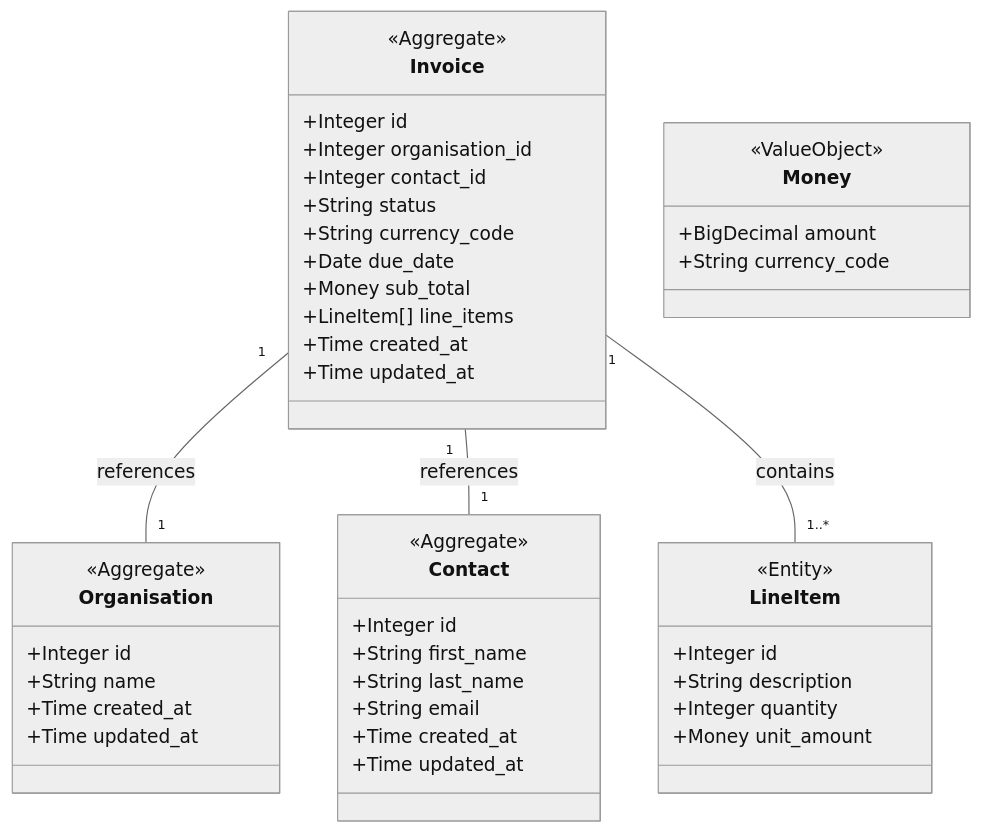
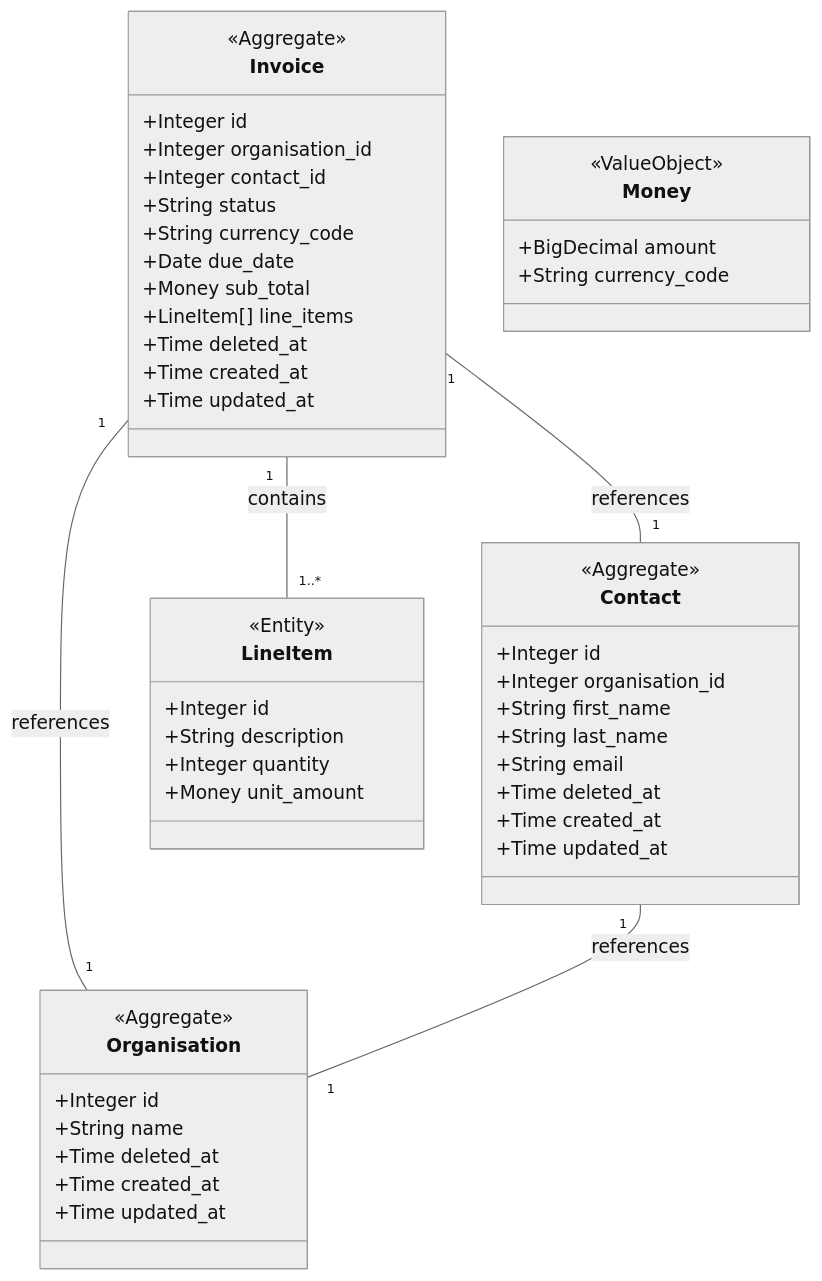
One commit to fast-programmer/accountify_app changed the diagram in README.md. Above: the diagram before and after it, drawn with Mermaid (neutral theme).

````diff
--- a/README.md
+++ b/README.md
@@ -3,48 +3,53 @@
 ```mermaid
 classDiagram
     class Invoice {
         +Integer id
         +Integer organisation_id
         +Integer contact_id
         +String status
         +String currency_code
         +Date due_date
         +Money sub_total
         +LineItem[] line_items
+        +Time deleted_at
         +Time created_at
         +Time updated_at
         <<Aggregate>>
     }
     class Organisation {
         +Integer id
         +String name
+        +Time deleted_at
         +Time created_at
         +Time updated_at
         <<Aggregate>>
     }
     class Contact {
         +Integer id
+        +Integer organisation_id
         +String first_name
         +String last_name
         +String email
+        +Time deleted_at
         +Time created_at
         +Time updated_at
         <<Aggregate>>
     }
     class Money {
         +BigDecimal amount
         +String currency_code
         <<ValueObject>>
     }
     class LineItem {
         +Integer id
         +String description
         +Integer quantity
         +Money unit_amount
         <<Entity>>
     }
 
     Invoice "1" -- "1" Organisation : references
     Invoice "1" -- "1" Contact : references
+    Contact "1" -- "1" Organisation : references
     Invoice "1" -- "1..*" LineItem : contains
 ```
````
